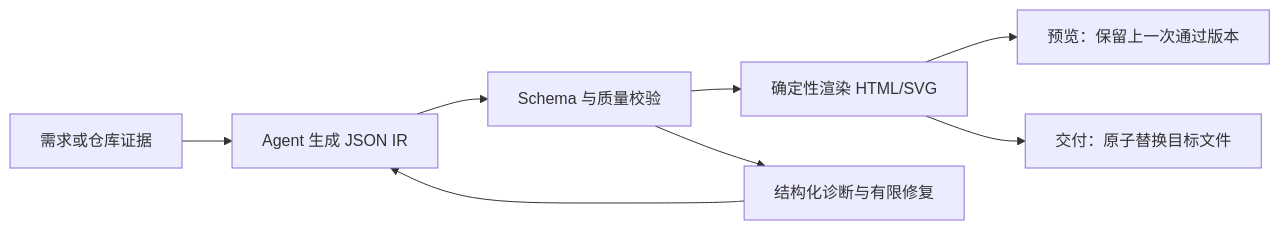
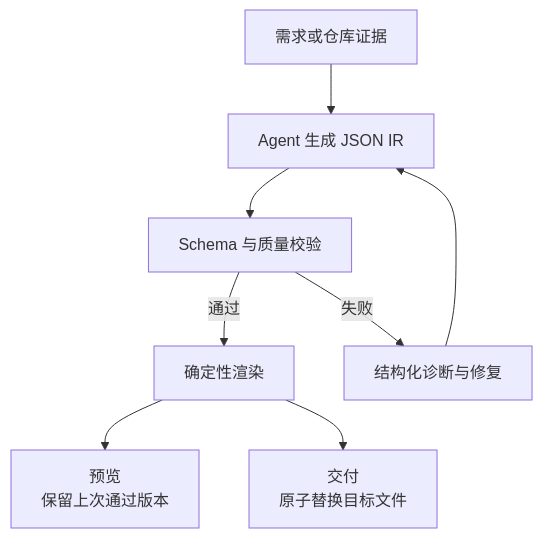
Before and after one commit to hub138/technical-knowledge: the diagram in vault/知识库管理/归档/来源/论文与项目/Archify可验证技术图谱.md, drawn with Mermaid. The commit also changed other lines of this file and 622 other files, not shown here.

````diff
--- a/vault/知识库管理/归档/来源/论文与项目/Archify可验证技术图谱.md
+++ b/vault/知识库管理/归档/来源/论文与项目/Archify可验证技术图谱.md
@@ -33,10 +33,10 @@
 ```mermaid
-flowchart LR
+flowchart TD
     I[需求或仓库证据] --> A[Agent 生成 JSON IR]
     A --> V[Schema 与质量校验]
-    V --> R[确定性渲染 HTML/SVG]
-    R --> P[预览：保留上一次通过版本]
-    R --> D[交付：原子替换目标文件]
-    V --> F[结构化诊断与有限修复]
+    V -->|通过| R[确定性渲染]
+    V -->|失败| F[结构化诊断与修复]
+    R --> P[预览<br/>保留上次通过版本]
+    R --> D[交付<br/>原子替换目标文件]
     F --> A
 ```
````
